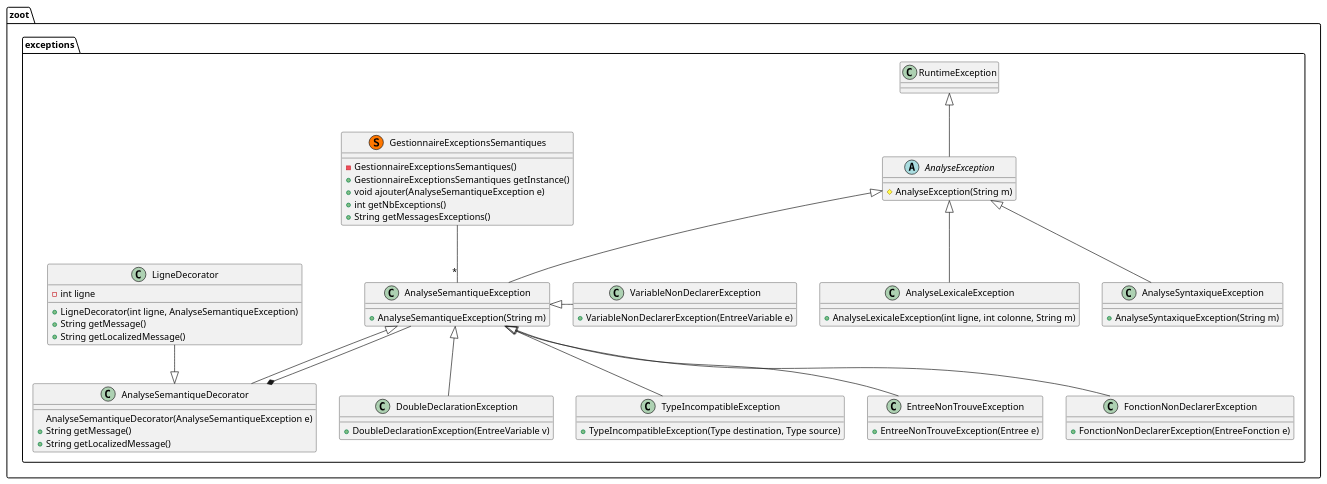
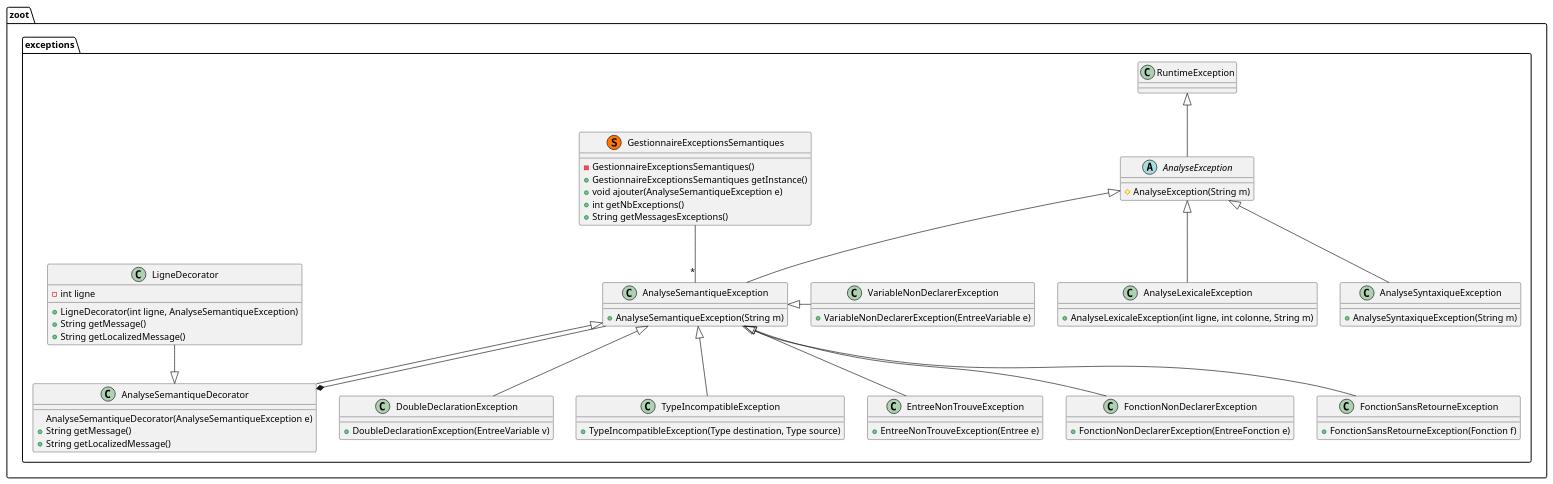
Before and after one commit to lmtb06/zoot: the diagram in diagrammes/classe/exceptions.puml, drawn with PlantUML.

Commit message:
Modification du package exceptions du diagramme de classes
# Détails :
 - Ajout d'une classe FonctionSansRetourneException pour déclencher une erreur sémantique si une fonction n'a pas de retour

```diff
--- a/diagrammes/classe/exceptions.puml
+++ b/diagrammes/classe/exceptions.puml
@@ -1,78 +1,83 @@
 @startuml "Package exceptions"
 
 namespace zoot.exceptions {
     ' Includes
     ' Classes
     abstract class AnalyseException {
         # AnalyseException(String m)
     }
 
     class AnalyseLexicaleException {
         + AnalyseLexicaleException(int ligne, int colonne, String m)
     }
 
     class AnalyseSyntaxiqueException {
         + AnalyseSyntaxiqueException(String m)
     }
 
     class AnalyseSemantiqueException {
         + AnalyseSemantiqueException(String m)
     }
 
     class GestionnaireExceptionsSemantiques << (S,#FF7700) >> {
         - GestionnaireExceptionsSemantiques()
         + GestionnaireExceptionsSemantiques getInstance()
         + void ajouter(AnalyseSemantiqueException e)
         + int getNbExceptions()
         + String getMessagesExceptions()
     }
 
     class AnalyseSemantiqueDecorator {
         AnalyseSemantiqueDecorator(AnalyseSemantiqueException e)
         + String getMessage()
         + String getLocalizedMessage()
     }
 
     class DoubleDeclarationException {
         + DoubleDeclarationException(EntreeVariable v)
     }
 
     class TypeIncompatibleException {
         + TypeIncompatibleException(Type destination, Type source)
     }
 
     class EntreeNonTrouveException {
         + EntreeNonTrouveException(Entree e)
     }
 
     class VariableNonDeclarerException {
         + VariableNonDeclarerException(EntreeVariable e)
     }
 
     class FonctionNonDeclarerException {
         + FonctionNonDeclarerException(EntreeFonction e)
     }
 
+    class FonctionSansRetourneException {
+        + FonctionSansRetourneException(Fonction f)
+    }
+
     class LigneDecorator {
         - int ligne
         + LigneDecorator(int ligne, AnalyseSemantiqueException)
         + String getMessage()
         + String getLocalizedMessage()
     }
 
     ' Relations entre les classes
     AnalyseException -up-|> RuntimeException
     AnalyseLexicaleException -up-|> AnalyseException
     AnalyseSyntaxiqueException -up-|> AnalyseException
     AnalyseSemantiqueException -up-|> AnalyseException
     AnalyseSemantiqueDecorator -up-|> AnalyseSemantiqueException
     AnalyseSemantiqueDecorator *-- AnalyseSemantiqueException
     DoubleDeclarationException -up-|> AnalyseSemantiqueException
     TypeIncompatibleException -up-|> AnalyseSemantiqueException
     VariableNonDeclarerException -left-|> AnalyseSemantiqueException
     FonctionNonDeclarerException -up-|> AnalyseSemantiqueException
     EntreeNonTrouveException -up-|> AnalyseSemantiqueException
+    FonctionSansRetourneException -up-|> AnalyseSemantiqueException
     LigneDecorator --|> AnalyseSemantiqueDecorator
     GestionnaireExceptionsSemantiques -down-"*" AnalyseSemantiqueException
 }
 @enduml
```
